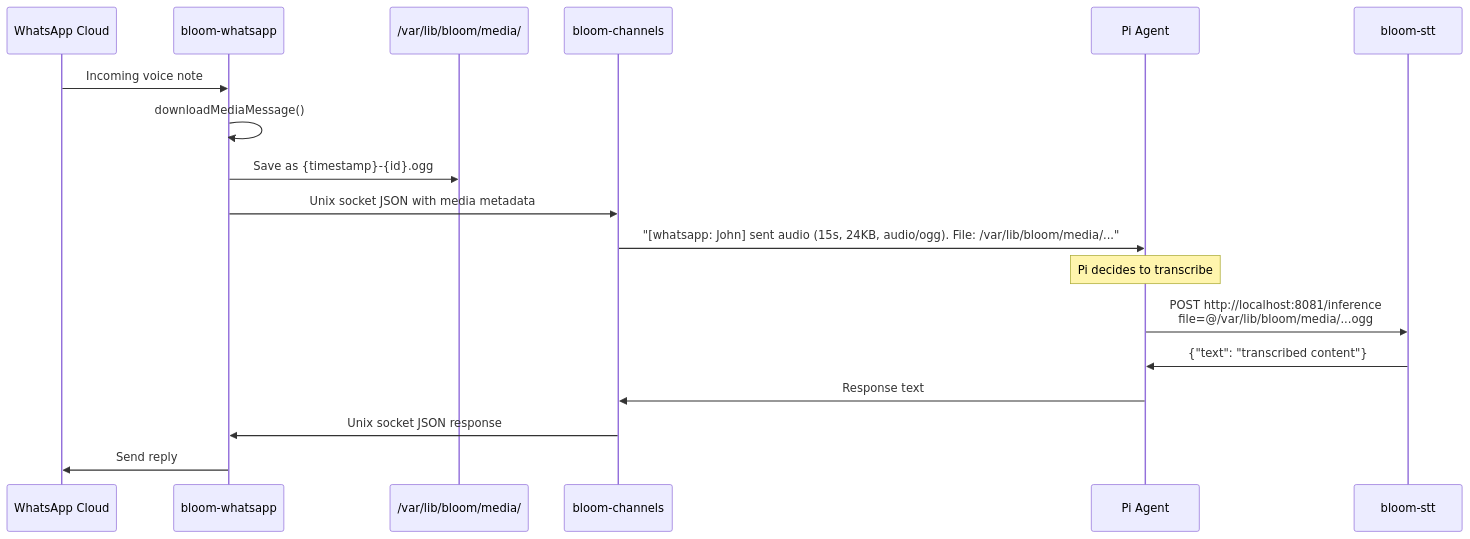
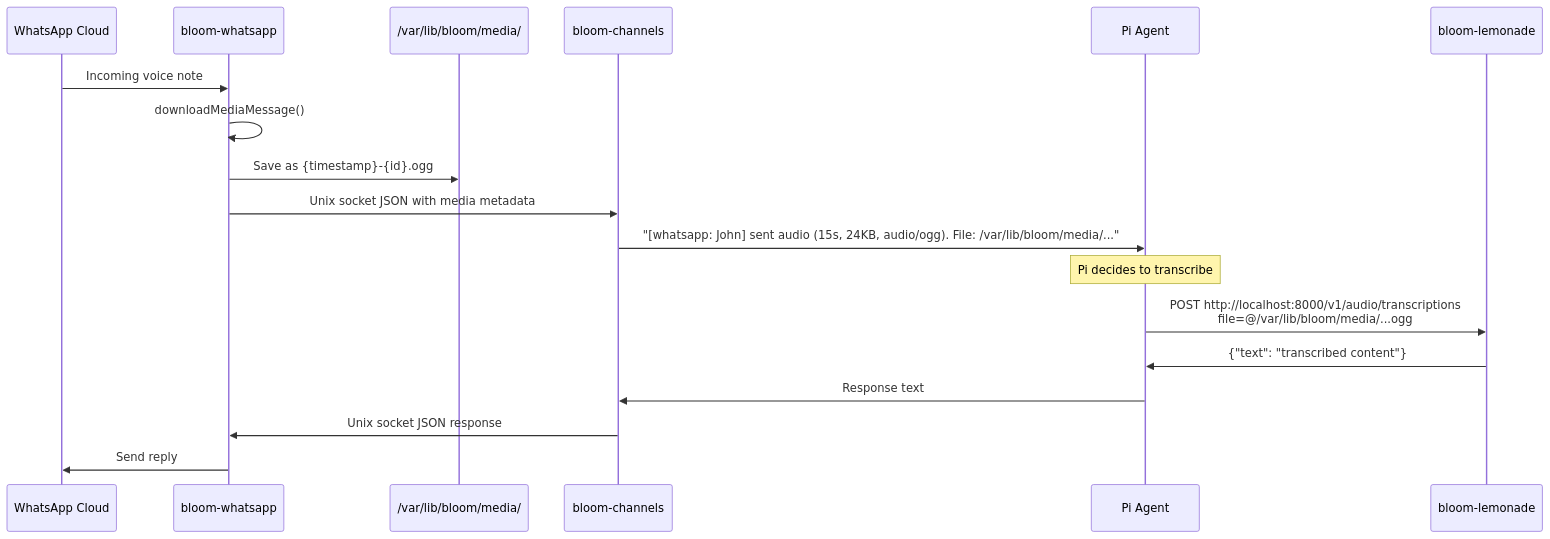
The fourth of 5 diagrams in docs/service-architecture.md (alexradunet/ownloom), drawn with Mermaid before and after one commit. The commit also changed other lines of this file and 13 other files, not shown here.

First line of the commit message:
docs: update all references from llm/stt to lemonade-server

````diff
--- a/docs/service-architecture.md
+++ b/docs/service-architecture.md
@@ -164,22 +161,22 @@
 ```mermaid
 sequenceDiagram
     participant WA as WhatsApp Cloud
     participant Bridge as bloom-whatsapp
     participant FS as /var/lib/bloom/media/
     participant Channels as bloom-channels
     participant Pi as Pi Agent
-    participant STT as bloom-stt
+    participant STT as bloom-lemonade
 
     WA->>Bridge: Incoming voice note
     Bridge->>Bridge: downloadMediaMessage()
     Bridge->>FS: Save as {timestamp}-{id}.ogg
     Bridge->>Channels: Unix socket JSON with media metadata
     Channels->>Pi: "[whatsapp: John] sent audio (15s, 24KB, audio/ogg). File: /var/lib/bloom/media/..."
 
     Note over Pi: Pi decides to transcribe
-    Pi->>STT: POST http://localhost:8081/inference<br/>file=@/var/lib/bloom/media/...ogg
+    Pi->>STT: POST http://localhost:8000/v1/audio/transcriptions<br/>file=@/var/lib/bloom/media/...ogg
     STT->>Pi: {"text": "transcribed content"}
     Pi->>Channels: Response text
     Channels->>Bridge: Unix socket JSON response
     Bridge->>WA: Send reply
 ```
````
